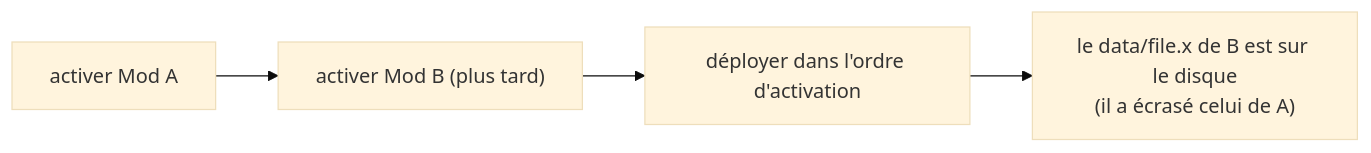
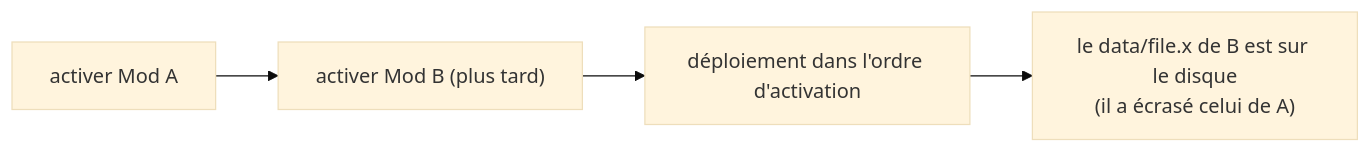
The second of 4 diagrams in docs/how-it-works/conflicts.fr.md (FreeProject089/BMM-Docs), drawn with Mermaid (base theme) before and after one commit. The commit also changed other lines of this file and 7 other files, not shown here.

````diff
--- a/docs/how-it-works/conflicts.fr.md
+++ b/docs/how-it-works/conflicts.fr.md
@@ -36,6 +65,6 @@
 ```mermaid
 flowchart LR
     E1["activer Mod A"] --> E2["activer Mod B (plus tard)"]
-    E2 --> DEPLOY["déployer dans l'ordre d'activation"]
+    E2 --> DEPLOY["déploiement dans l'ordre d'activation"]
     DEPLOY --> WIN["le data/file.x de B est sur le disque<br/>(il a écrasé celui de A)"]
 ```
````
